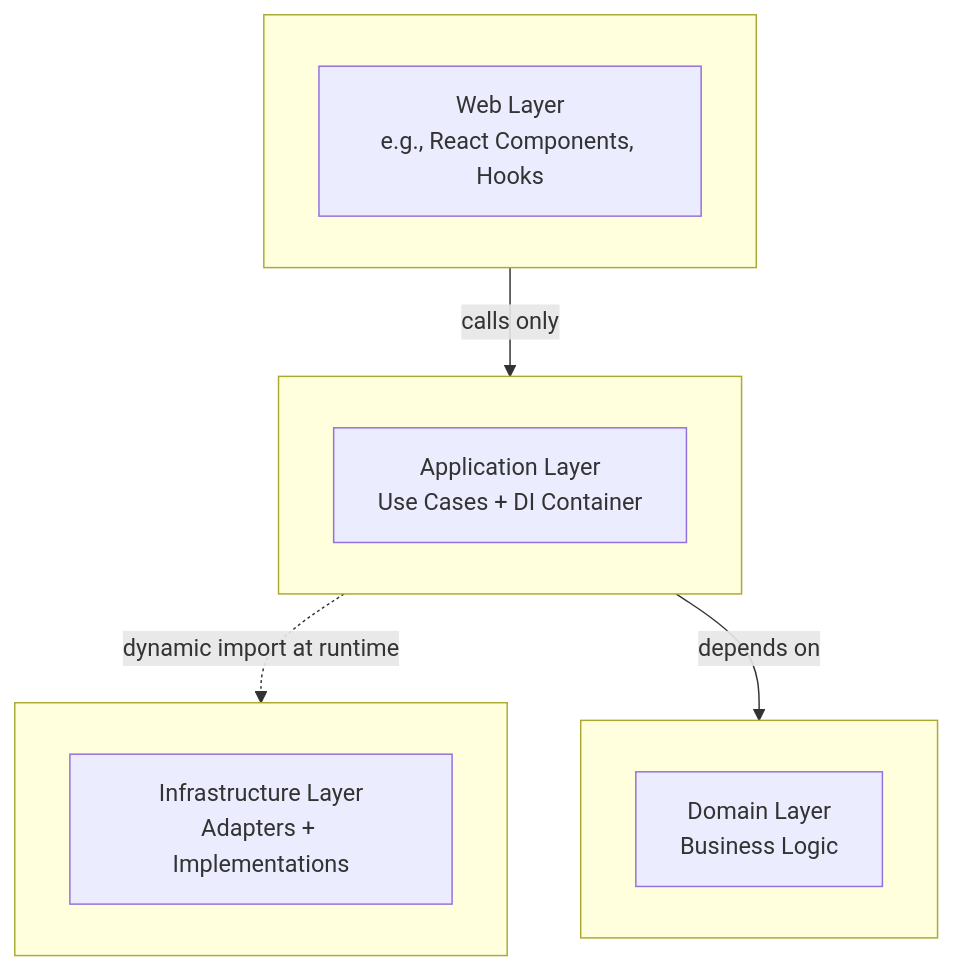
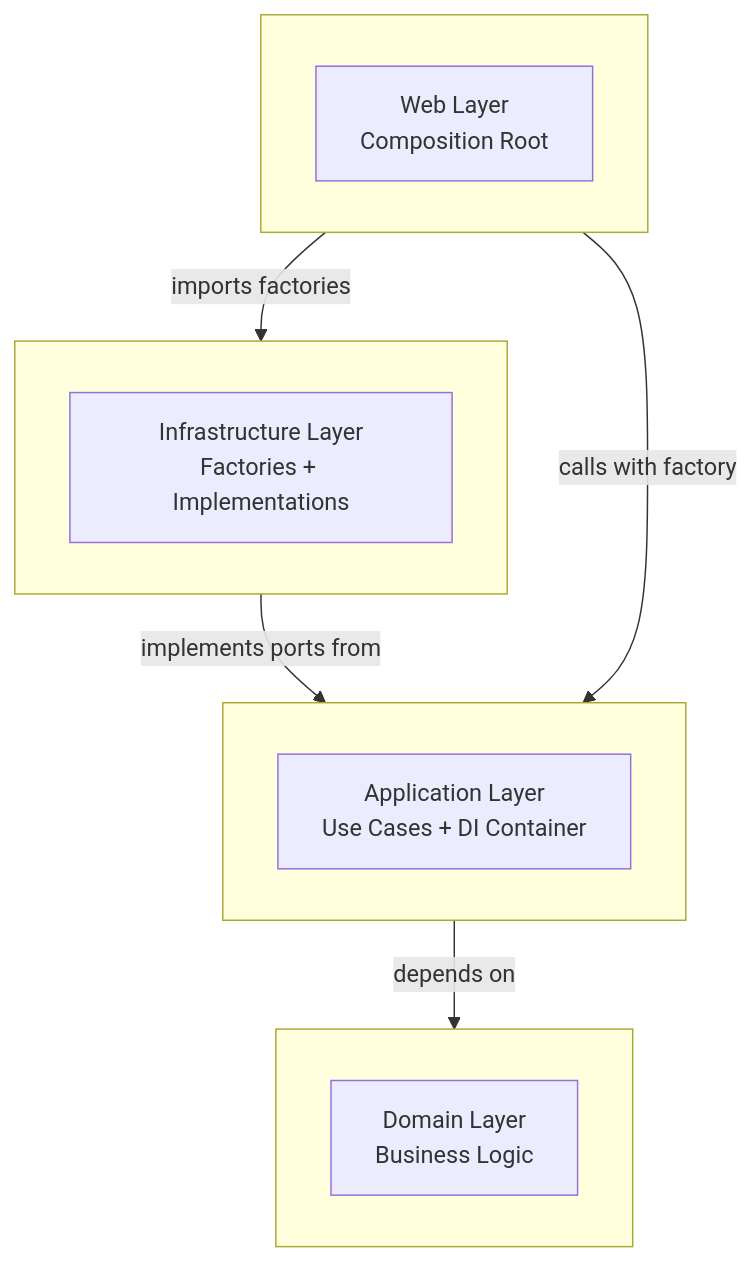
One commit to xeonchen/twsoftball changed the diagram in docs/design/architecture.md. Above: the diagram before and after it, drawn with Mermaid. The commit also changed other lines of this file and 14 other files, not shown here.

First line of the commit message:
refactor(architecture): implement composition root pattern to eliminate circular dependencies

````diff
--- a/docs/design/architecture.md
+++ b/docs/design/architecture.md
@@ -303,26 +303,27 @@
 ```mermaid
 graph TD
     subgraph " "
         direction LR
-        A["Web Layer<br/>e.g., React Components, Hooks"]
+        A["Web Layer<br/>Composition Root"]
     end
 
     subgraph " "
         direction LR
         B["Application Layer<br/>Use Cases + DI Container"]
     end
 
     subgraph " "
         direction LR
         C["Domain Layer<br/>Business Logic"]
     end
 
     subgraph " "
         direction LR
-        D["Infrastructure Layer<br/>Adapters + Implementations"]
+        D["Infrastructure Layer<br/>Factories + Implementations"]
     end
 
-    A -- "calls only" --> B
+    A -- "imports factories" --> D
+    A -- "calls with factory" --> B
     B -- "depends on" --> C
-    B -. "dynamic import at runtime" .-> D
+    D -- "implements ports from" --> B
 ```
````
